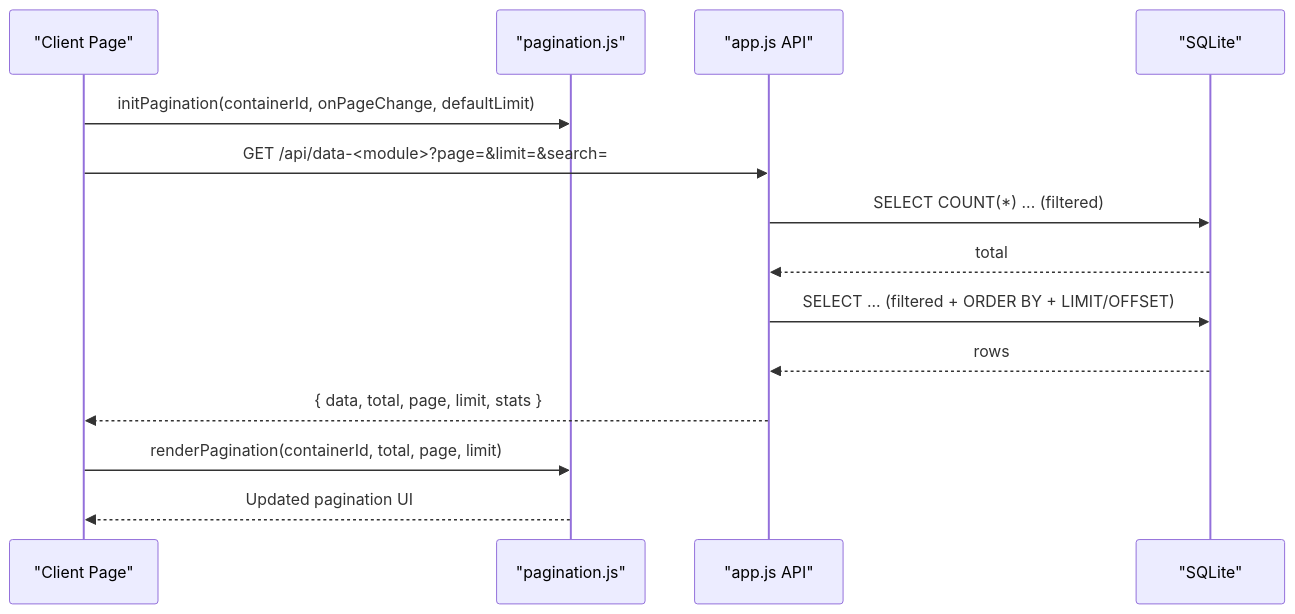
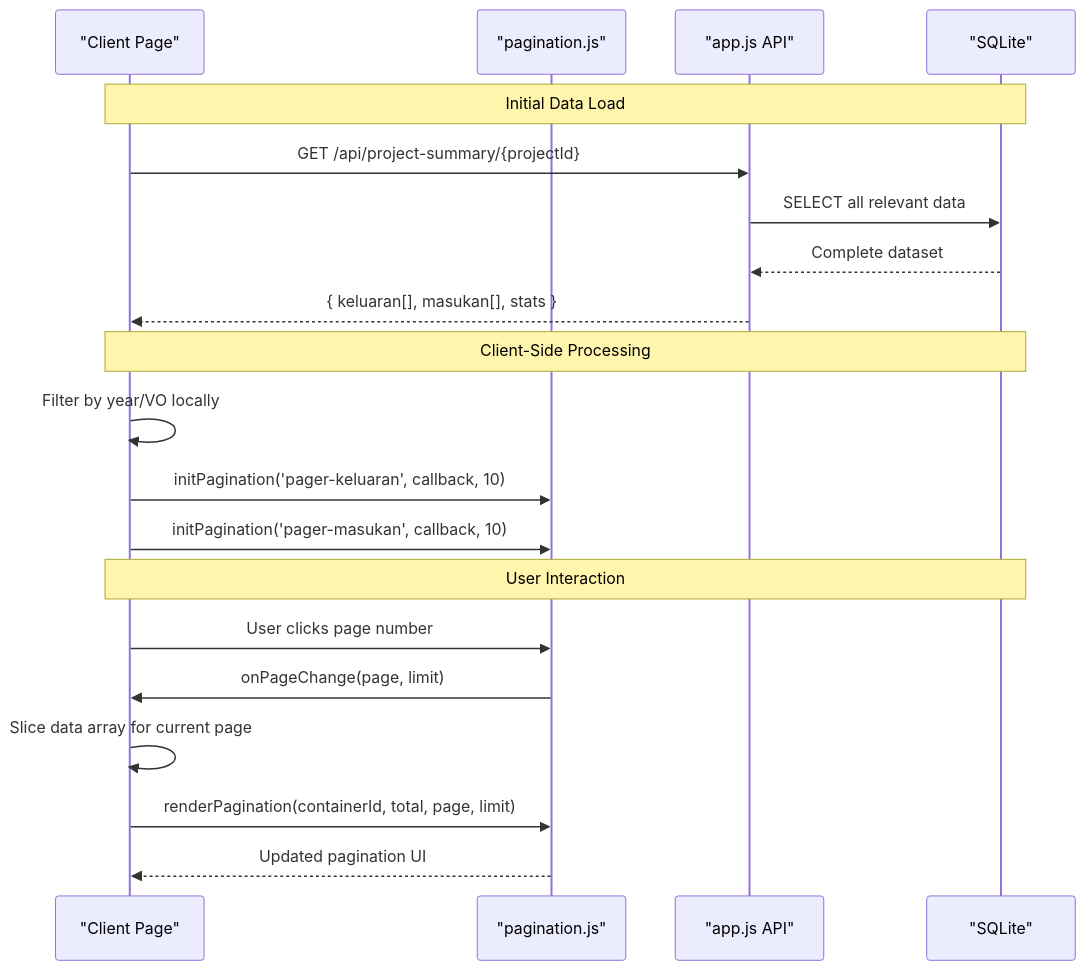
One commit to rendisiagian/TDS_by_RENDISIAGIAN changed the second of 6 diagrams in .qoder/repowiki/en/content/Advanced Features/Data Pagination & Performance Optimization.md. Above: the diagram before and after it, drawn with Mermaid. The commit also changed other lines of this file and 8 other files, not shown here.

````diff
--- a/.qoder/repowiki/en/content/Advanced Features/Data Pagination & Performance Optimization.md
+++ b/.qoder/repowiki/en/content/Advanced Features/Data Pagination & Performance Optimization.md
@@ -115,16 +122,22 @@
 ```mermaid
 sequenceDiagram
 participant UI as "Client Page"
 participant PG as "pagination.js"
 participant API as "app.js API"
 participant DB as "SQLite"
-UI->>PG : initPagination(containerId, onPageChange, defaultLimit)
-UI->>API : GET /api/data-<module>?page=&limit=&search=
-API->>DB : SELECT COUNT(*) ... (filtered)
-DB-->>API : total
-API->>DB : SELECT ... (filtered + ORDER BY + LIMIT/OFFSET)
-DB-->>API : rows
-API-->>UI : { data, total, page, limit, stats }
+Note over UI,DB : Initial Data Load
+UI->>API : GET /api/project-summary/{projectId}
+API->>DB : SELECT all relevant data
+DB-->>API : Complete dataset
+API-->>UI : { keluaran[], masukan[], stats }
+Note over UI,DB : Client-Side Processing
+UI->>UI : Filter by year/VO locally
+UI->>PG : initPagination('pager-keluaran', callback, 10)
+UI->>PG : initPagination('pager-masukan', callback, 10)
+Note over UI,DB : User Interaction
+UI->>PG : User clicks page number
+PG->>UI : onPageChange(page, limit)
+UI->>UI : Slice data array for current page
 UI->>PG : renderPagination(containerId, total, page, limit)
 PG-->>UI : Updated pagination UI
 ```
````
